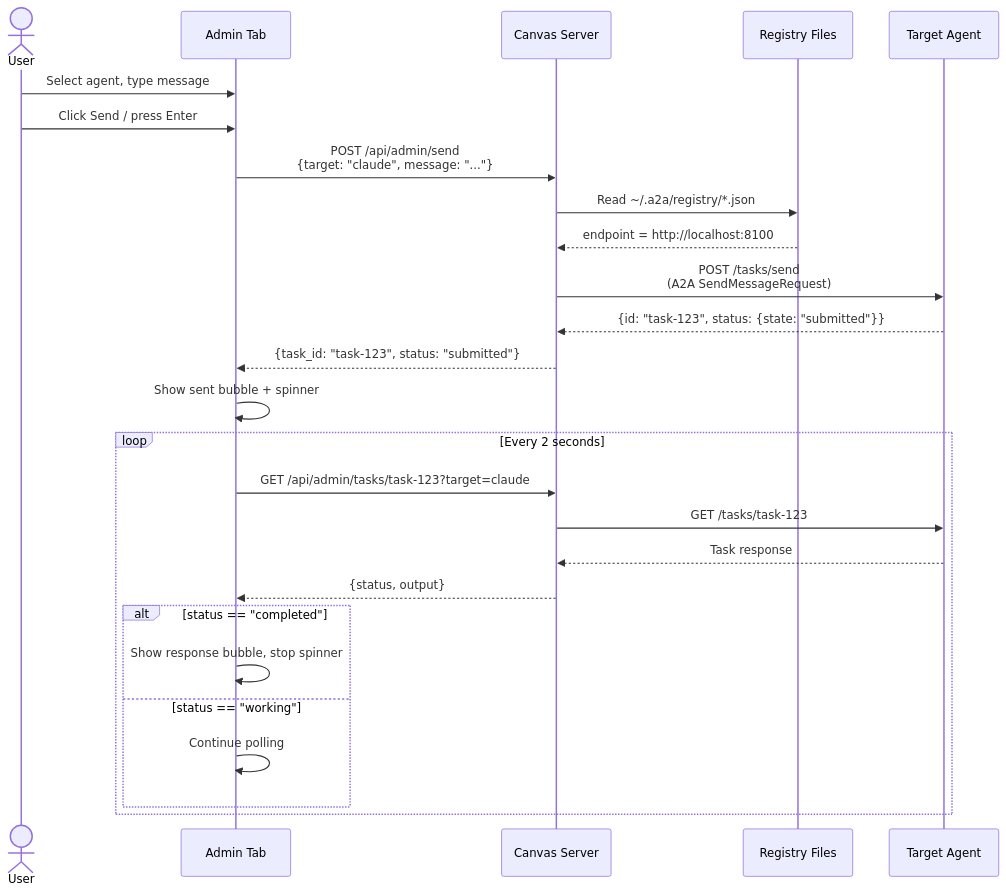
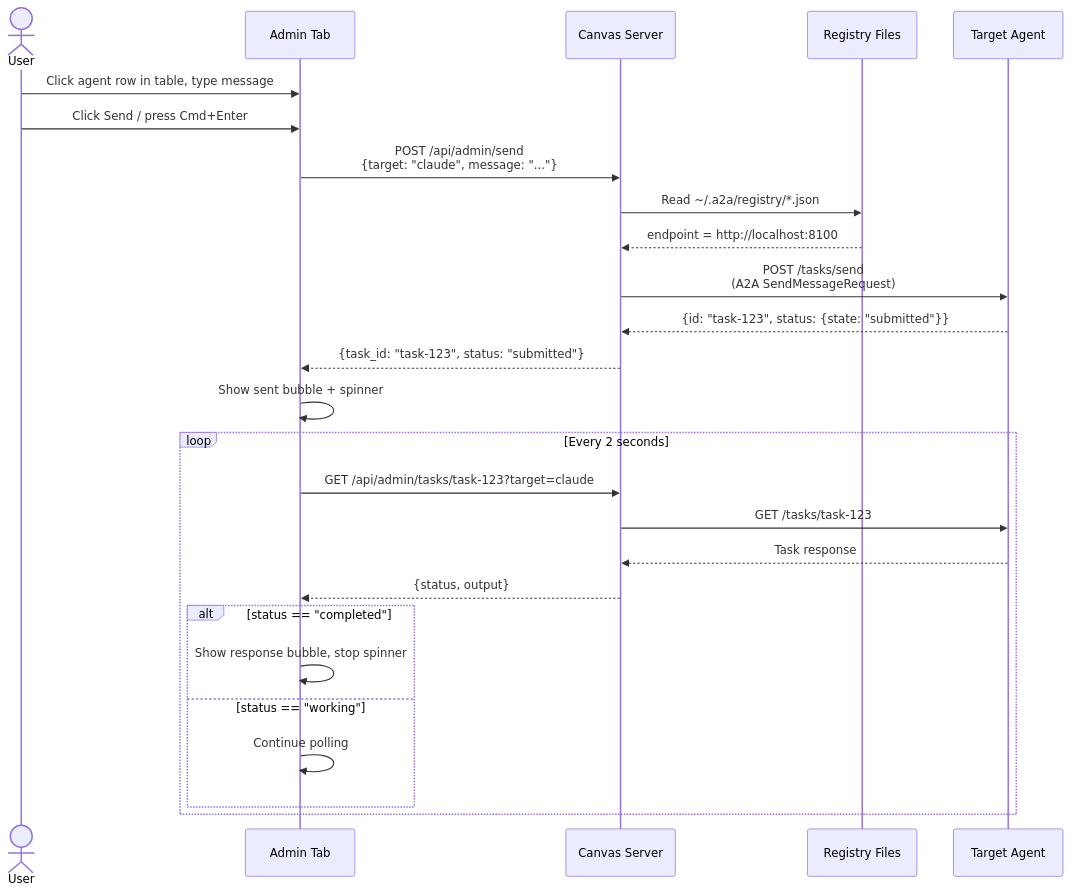
Before and after one commit to s-hiraoku/synapse-a2a: the fifth of 5 diagrams in docs/admin-command-center.md, drawn with Mermaid. The commit also changed other lines of this file and 5 other files, not shown here.

````diff
--- a/docs/admin-command-center.md
+++ b/docs/admin-command-center.md
@@ -430,30 +436,30 @@
 ```mermaid
 sequenceDiagram
     actor User
     participant UI as Admin Tab
     participant API as Canvas Server
     participant Reg as Registry Files
     participant Agent as Target Agent
 
-    User->>UI: Select agent, type message
-    User->>UI: Click Send / press Enter
+    User->>UI: Click agent row in table, type message
+    User->>UI: Click Send / press Cmd+Enter
     UI->>API: POST /api/admin/send<br/>{target: "claude", message: "..."}
     API->>Reg: Read ~/.a2a/registry/*.json
     Reg-->>API: endpoint = http://localhost:8100
     API->>Agent: POST /tasks/send<br/>(A2A SendMessageRequest)
     Agent-->>API: {id: "task-123", status: {state: "submitted"}}
     API-->>UI: {task_id: "task-123", status: "submitted"}
     UI->>UI: Show sent bubble + spinner
 
     loop Every 2 seconds
         UI->>API: GET /api/admin/tasks/task-123?target=claude
         API->>Agent: GET /tasks/task-123
         Agent-->>API: Task response
         API-->>UI: {status, output}
         alt status == "completed"
             UI->>UI: Show response bubble, stop spinner
         else status == "working"
             UI->>UI: Continue polling
         end
     end
 ```
````
